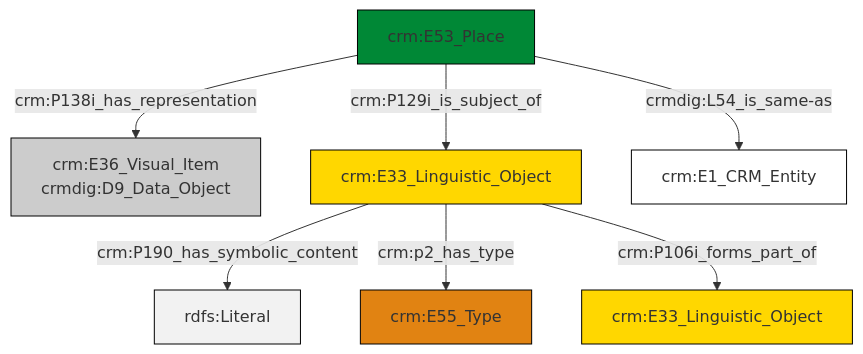
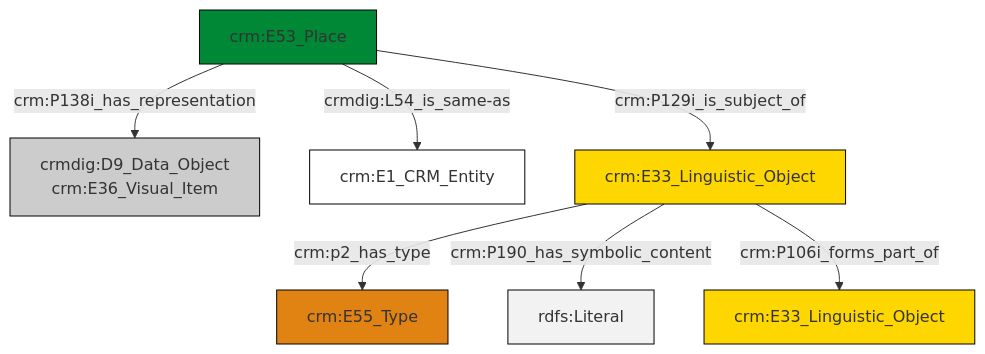
The diagram in et/placeCSV/ttl/mmd/place_documentation.ttl.mmd (ncarboni/srdm), drawn with Mermaid before and after one commit. The commit also changed 187 other files, not shown here.

```diff
--- a/et/placeCSV/ttl/mmd/place_documentation.ttl.mmd
+++ b/et/placeCSV/ttl/mmd/place_documentation.ttl.mmd
@@ -1,21 +1,21 @@
 graph TD
 classDef Literal fill:#f2f2f2,stroke:#000000;
 classDef CRM_Entity fill:#FFFFFF,stroke:#000000;
 classDef Temporal_Entity fill:#00C9E6, stroke:#000000;
 classDef Type fill:#E18312, stroke:#000000;
 classDef Time-Span fill:#2C9C91, stroke:#000000;
 classDef Appellation fill:#FFEB7F, stroke:#000000;
 classDef Place fill:#008836, stroke:#000000;
 classDef Persistent_Item fill:#B266B2, stroke:#000000;
 classDef Conceptual_Object fill:#FFD700, stroke:#000000;
 classDef Physical_Thing fill:#D2B48C, stroke:#000000;
 classDef Actor fill:#f58aad, stroke:#000000;
 classDef PC_Classes fill:#4ce600, stroke:#000000;
 classDef Multi fill:#cccccc,stroke:#000000;
 
-4["crm:E53_Place"]:::Place -->|crm:P138i_has_representation| 0["crm:E36_Visual_Item<br>crmdig:D9_Data_Object"]:::Multi
-4["crm:E53_Place"]:::Place -->|crmdig:L54_is_same-as| 7["crm:E1_CRM_Entity"]:::CRM_Entity
-2["crm:E33_Linguistic_Object"]:::Conceptual_Object -->|crm:P190_has_symbolic_content| 8[rdfs:Literal]:::Literal
-4["crm:E53_Place"]:::Place -->|crm:P129i_is_subject_of| 2["crm:E33_Linguistic_Object"]:::Conceptual_Object
-2["crm:E33_Linguistic_Object"]:::Conceptual_Object -->|crm:p2_has_type| 9["crm:E55_Type"]:::Type
-2["crm:E33_Linguistic_Object"]:::Conceptual_Object -->|crm:P106i_forms_part_of| 5["crm:E33_Linguistic_Object"]:::Conceptual_Object
+0["crm:E53_Place"]:::Place -->|crm:P138i_has_representation| 1["crmdig:D9_Data_Object<br>crm:E36_Visual_Item"]:::Multi
+7["crm:E33_Linguistic_Object"]:::Conceptual_Object -->|crm:p2_has_type| 9["crm:E55_Type"]:::Type
+0["crm:E53_Place"]:::Place -->|crm:P129i_is_subject_of| 7["crm:E33_Linguistic_Object"]:::Conceptual_Object
+0["crm:E53_Place"]:::Place -->|crmdig:L54_is_same-as| 2["crm:E1_CRM_Entity"]:::CRM_Entity
+7["crm:E33_Linguistic_Object"]:::Conceptual_Object -->|crm:P190_has_symbolic_content| 13[rdfs:Literal]:::Literal
+7["crm:E33_Linguistic_Object"]:::Conceptual_Object -->|crm:P106i_forms_part_of| 5["crm:E33_Linguistic_Object"]:::Conceptual_Object
```
